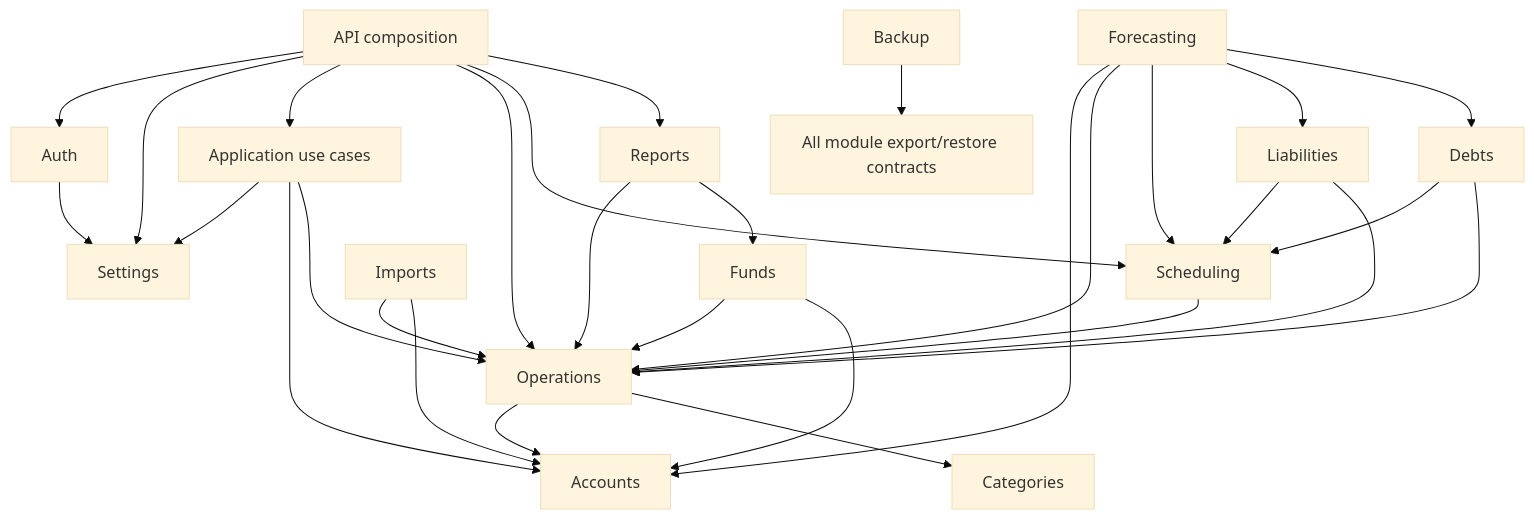
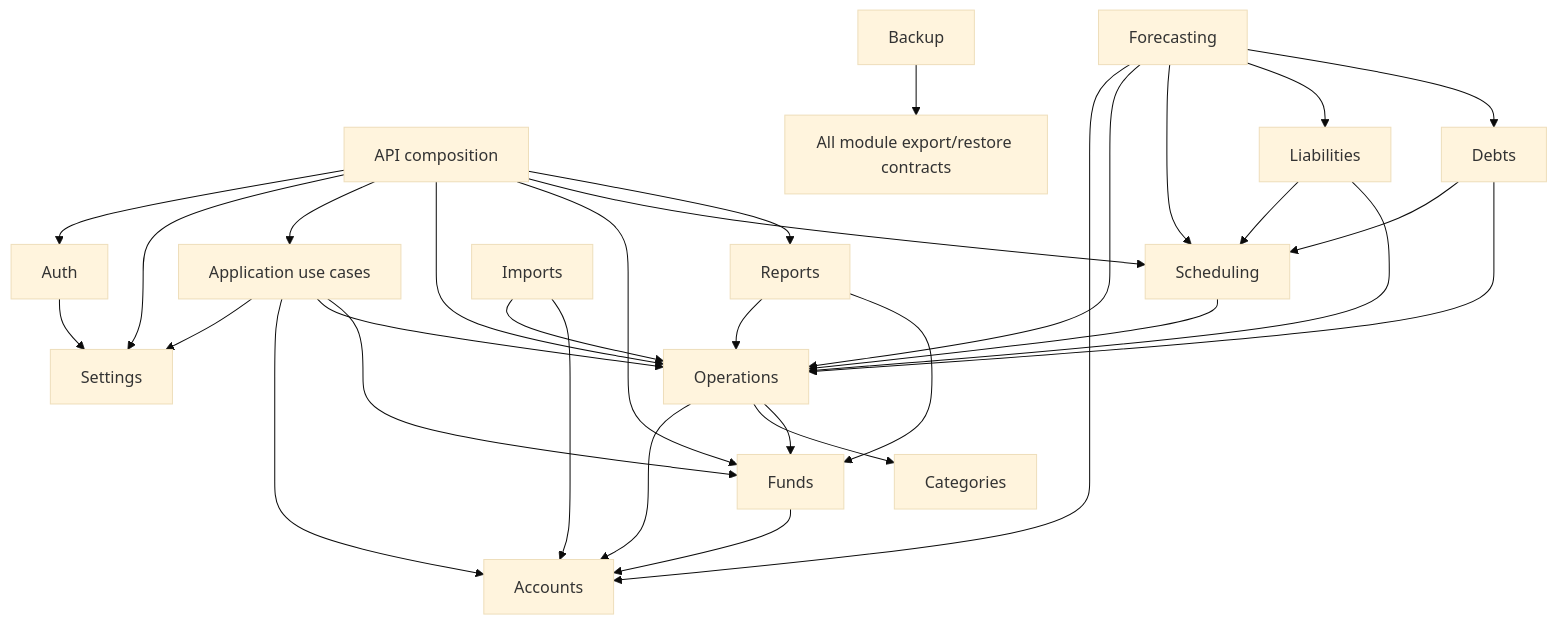
One commit to Gollardo/hermes changed the diagram in docs/architecture/module-boundaries.md. Above: the diagram before and after it, drawn with Mermaid (base theme). The commit also changed other lines of this file and 46 other files, not shown here.

Commit message:
Add virtual funds and fund-aware operations

````diff
--- a/docs/architecture/module-boundaries.md
+++ b/docs/architecture/module-boundaries.md
@@ -31,32 +31,34 @@
 ```mermaid
 flowchart TB
     API["API composition"] --> Auth
     API --> Settings
     API --> Application["Application use cases"]
     Application --> Settings
     Application --> Accounts
     Application --> Operations
+    Application --> Funds
     Auth --> Settings
     API --> Operations
+    API --> Funds
     API --> Scheduling
     API --> Reports
     Operations --> Accounts
     Operations --> Categories
-    Funds --> Operations
+    Operations --> Funds
     Funds --> Accounts
     Scheduling --> Operations
     Liabilities --> Scheduling
     Liabilities --> Operations
     Debts --> Scheduling
     Debts --> Operations
     Forecasting --> Accounts
     Forecasting --> Operations
     Forecasting --> Scheduling
     Forecasting --> Liabilities
     Forecasting --> Debts
     Reports --> Operations
     Reports --> Funds
     Imports --> Operations
     Imports --> Accounts
     Backup --> Modules["All module export/restore contracts"]
 ```
````
